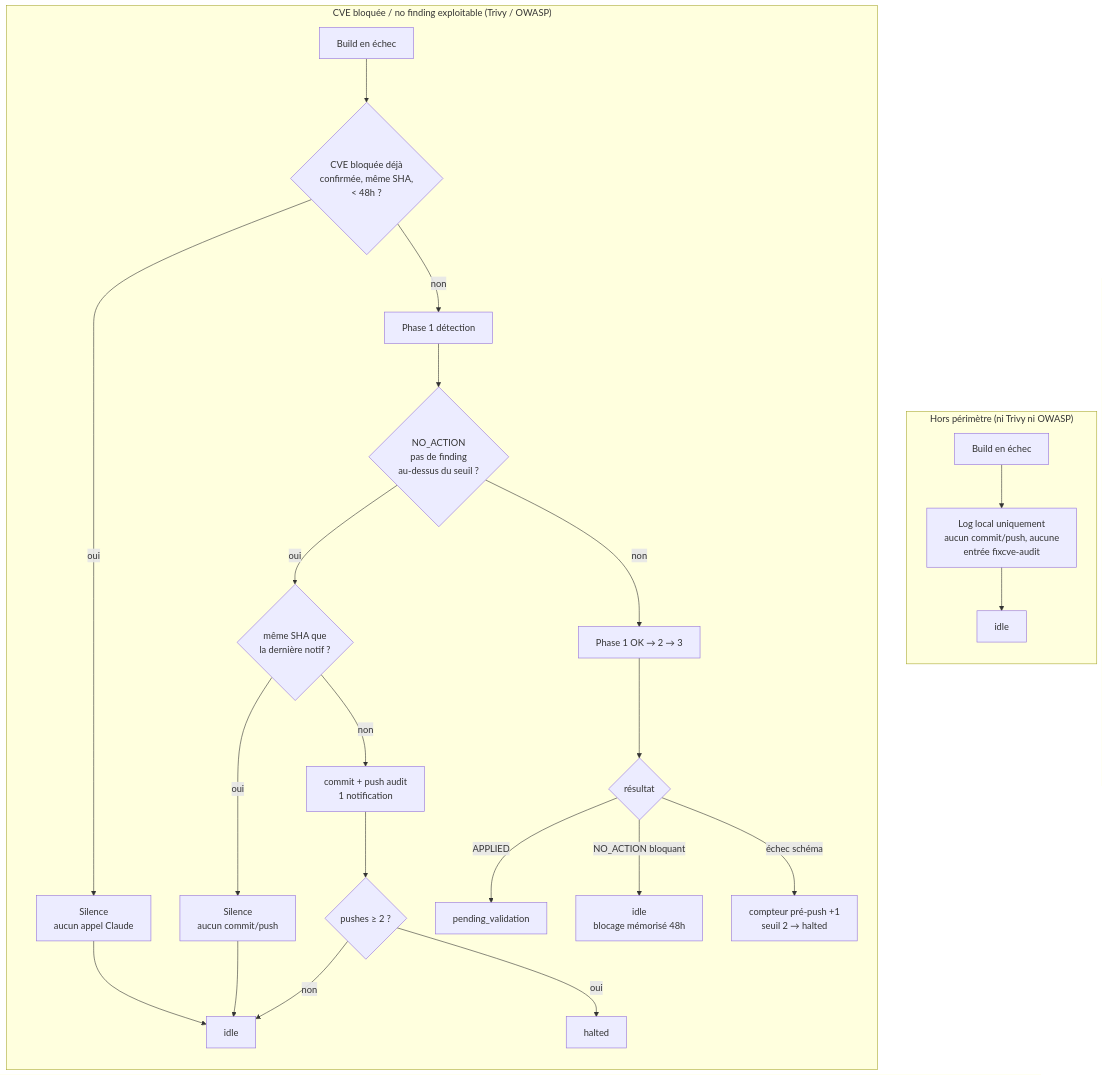
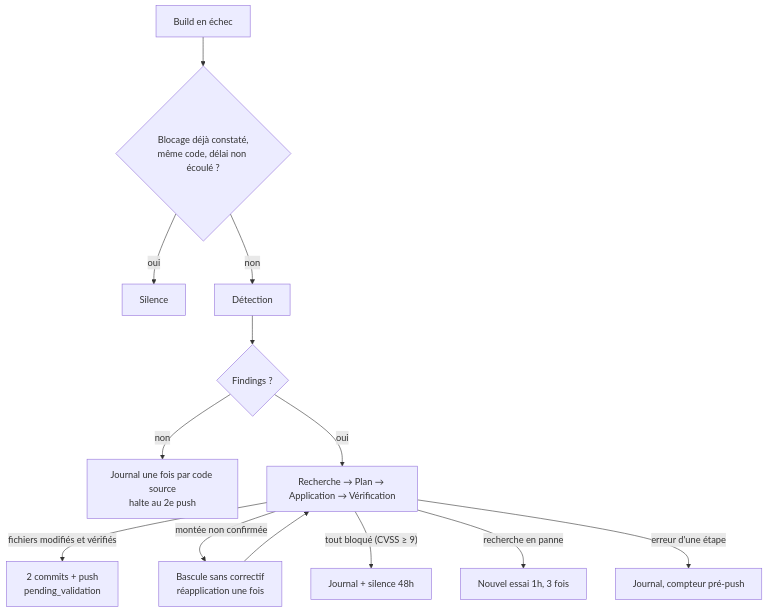
One commit to leuwen-lc/rhdemo changed the second of 2 diagrams in rhDemo/docs/FIXCVE_AUTO.md. Above: the diagram before and after it, drawn with Mermaid. The commit also changed other lines of this file and 3 other files, not shown here.

````diff
--- a/rhDemo/docs/FIXCVE_AUTO.md
+++ b/rhDemo/docs/FIXCVE_AUTO.md
@@ -148,23 +112,14 @@
 ```mermaid
 flowchart TD
-    subgraph HP["Hors périmètre (ni Trivy ni OWASP)"]
-        direction TB
-        A1[Build en échec] --> A2[Log local uniquement\naucun commit/push, aucune\nentrée fixcve-audit] --> A3[idle]
-    end
-
-    subgraph CVE["CVE bloquée / no finding exploitable (Trivy / OWASP)"]
-        direction TB
-        B1[Build en échec] --> B2{CVE bloquée déjà\nconfirmée, même SHA,\n< 48h ?}
-        B2 -- oui --> B3[Silence\naucun appel Claude] --> B4[idle]
-        B2 -- non --> B5[Phase 1 détection] --> B5N1{NO_ACTION\npas de finding\nau-dessus du seuil ?}
-        B5N1 -- oui --> B5N2{même SHA que\nla dernière notif ?}
-        B5N2 -- oui --> B5N3[Silence\naucun commit/push] --> B4
-        B5N2 -- non --> B5N4[commit + push audit\n1 notification] --> B5N5{pushes ≥ 2 ?}
-        B5N5 -- oui --> B5N6[halted]
-        B5N5 -- non --> B4
-        B5N1 -- non --> B6[Phase 1 OK → 2 → 3] --> B7{résultat}
-        B7 -- APPLIED --> B8[pending_validation]
-        B7 -- "NO_ACTION bloquant" --> B9[idle\nblocage mémorisé 48h]
-        B7 -- "échec schéma" --> B10[compteur pré-push +1\nseuil 2 → halted]
-    end
+    A[Build en échec] --> B{Blocage déjà constaté,\nmême code, délai non écoulé ?}
+    B -- oui --> Z[Silence]
+    B -- non --> C[Détection] --> D{Findings ?}
+    D -- non --> E[Journal une fois par code source\nhalte au 2e push]
+    D -- oui --> F[Recherche → Plan → Application → Vérification]
+    F -- "fichiers modifiés et vérifiés" --> G[2 commits + push\npending_validation]
+    F -- "montée non confirmée" --> H[Bascule sans correctif\nréapplication une fois]
+    H --> F
+    F -- "tout bloqué (CVSS ≥ 9)" --> I[Journal + silence 48h]
+    F -- "recherche en panne" --> J[Nouvel essai 1h, 3 fois]
+    F -- "erreur d'une étape" --> K[Journal, compteur pré-push]
 ```
````
